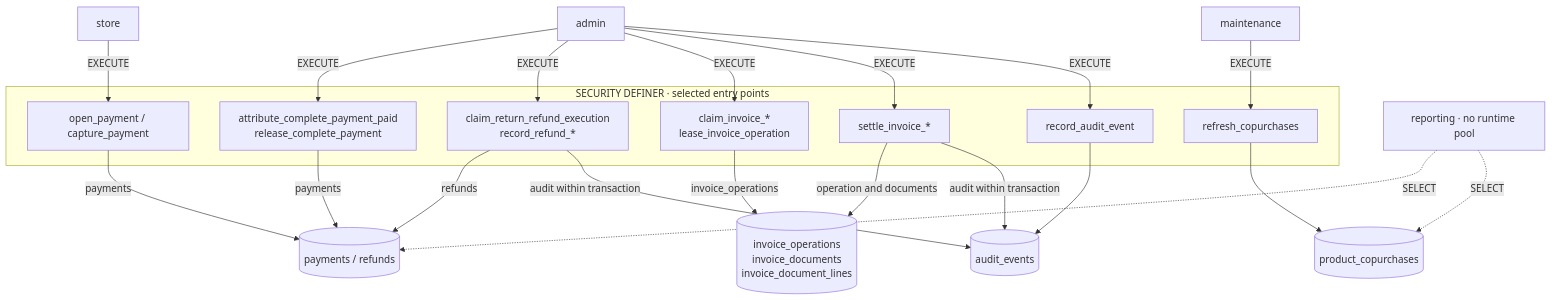
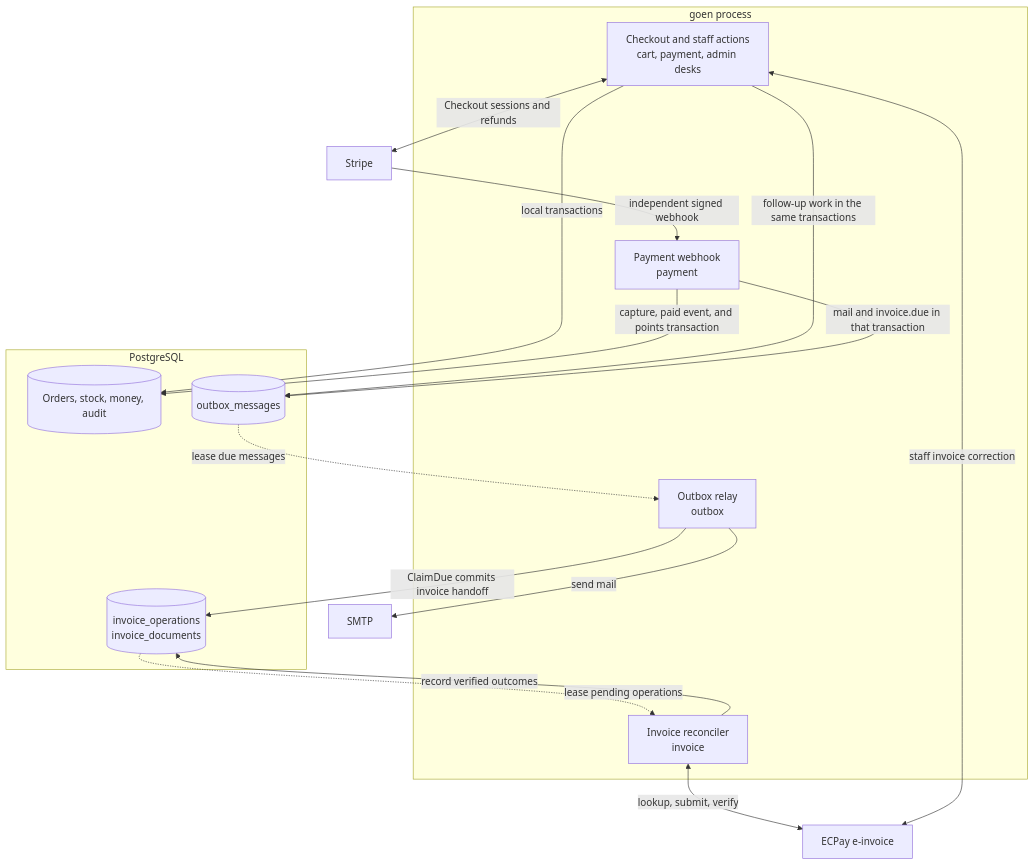
One commit to Koopa0/goen changed the second of 8 diagrams in ARCHITECTURE.md. Above: the diagram before and after it, drawn with Mermaid. The commit also changed other lines of this file, not shown here.

````diff
--- a/ARCHITECTURE.md
+++ b/ARCHITECTURE.md
@@ -255,23 +51,27 @@
 ```mermaid
 flowchart TB
-    subgraph doors["SECURITY DEFINER · selected entry points"]
-        pay["open_payment / capture_payment"]
-        recover["attribute_complete_payment_paid<br/>release_complete_payment"]
-        refund["claim_return_refund_execution<br/>record_refund_*"]
-        claim["claim_invoice_*<br/>lease_invoice_operation"]
-        settle["settle_invoice_*"]
-        audit["record_audit_event"]
-        refresh["refresh_copurchases"]
+    subgraph goen["goen process"]
+        commands["Checkout and staff actions<br/>cart, payment, admin desks"]
+        webhook["Payment webhook<br/>payment"]
+        relay["Outbox relay<br/>outbox"]
+        reconciler["Invoice reconciler<br/>invoice"]
     end
-    store["store"] -->|EXECUTE| pay -->|payments| financial[("payments / refunds")]
-    admin["admin"] -->|EXECUTE| recover -->|payments| financial
-    admin -->|EXECUTE| refund -->|refunds| financial
-    admin -->|EXECUTE| claim -->|invoice_operations| tax[("invoice_operations<br/>invoice_documents<br/>invoice_document_lines")]
-    admin -->|EXECUTE| settle -->|operation and documents| tax
-    admin -->|EXECUTE| audit --> events[("audit_events")]
-    refund -->|audit within transaction| events
-    settle -->|audit within transaction| events
-    maintenance["maintenance"] -->|EXECUTE| refresh --> pairs[("product_copurchases")]
-    reporting["reporting · no runtime pool"] -.->|SELECT| financial
-    reporting -.->|SELECT| pairs
+    subgraph postgres["PostgreSQL"]
+        records[("Orders, stock, money, audit")]
+        messages[("outbox_messages")]
+        operations[("invoice_operations<br/>invoice_documents")]
+    end
+    commands -->|local transactions| records
+    commands -->|follow-up work in the same transactions| messages
+    commands <-->|Checkout sessions and refunds| stripe["Stripe"]
+    stripe -->|independent signed webhook| webhook
+    webhook -->|capture, paid event, and points transaction| records
+    webhook -->|mail and invoice.due in that transaction| messages
+    messages -.->|lease due messages| relay
+    relay -->|send mail| smtp["SMTP"]
+    relay -->|ClaimDue commits invoice handoff| operations
+    operations -.->|lease pending operations| reconciler
+    reconciler <-->|lookup, submit, verify| ecpay["ECPay e-invoice"]
+    reconciler -->|record verified outcomes| operations
+    commands <-->|staff invoice correction| ecpay
 ```
````
